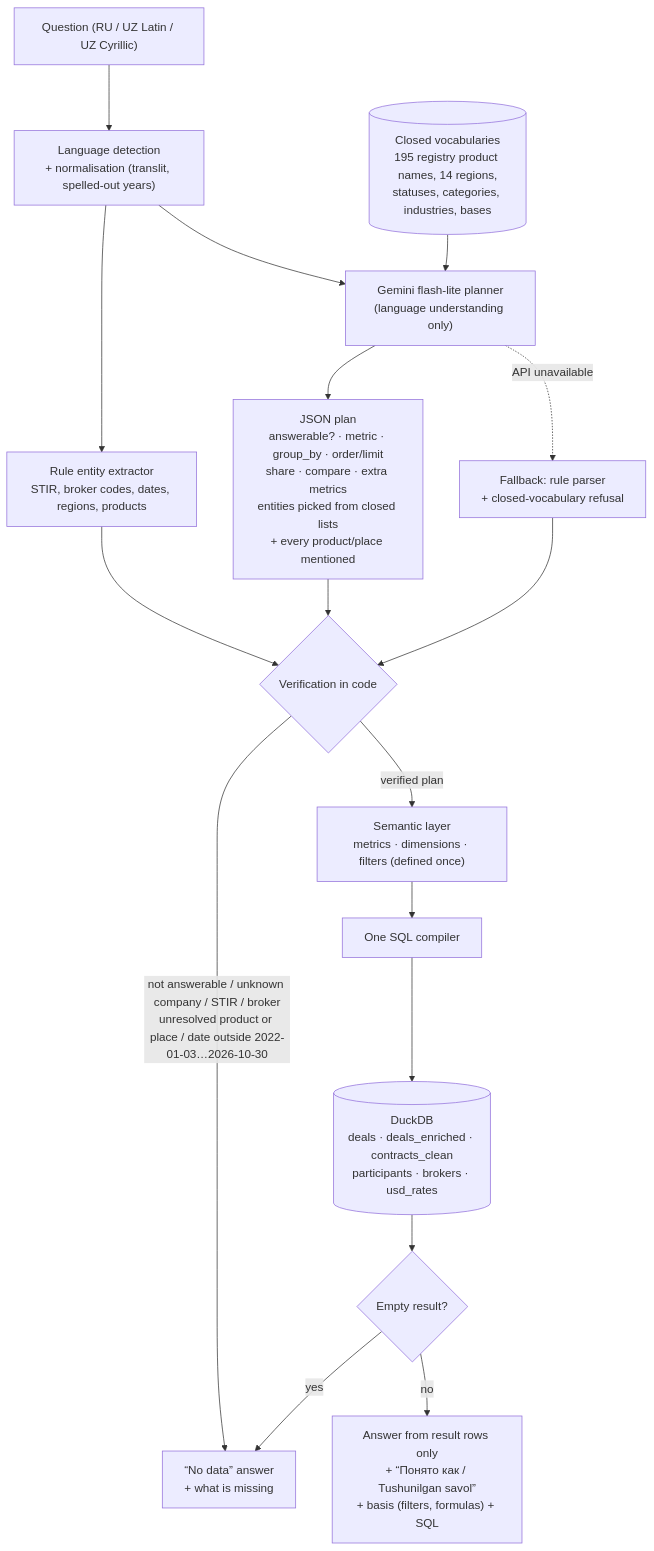
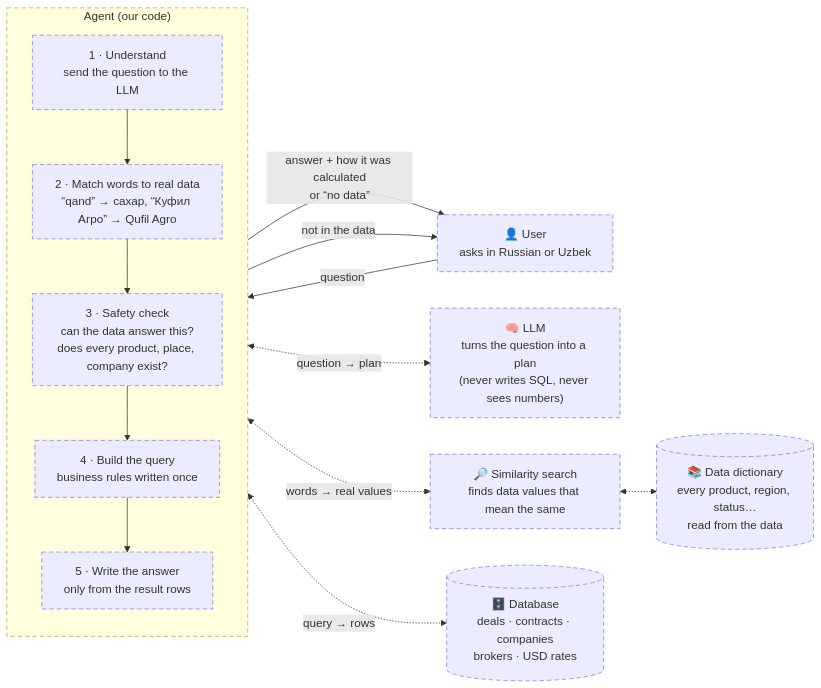
The first of 2 diagrams in README.md (omardmv/trade-registry-Q-A-agent), drawn with Mermaid before and after one commit. The commit also changed other lines of this file and 21 other files, not shown here.

````diff
--- a/README.md
+++ b/README.md
@@ -8,21 +8,31 @@
 ```mermaid
-flowchart TD
-    Q["Question (RU / UZ Latin / UZ Cyrillic)"] --> LANG["Language detection<br/>+ normalisation (translit, spelled-out years)"]
-    LANG --> RULES["Rule entity extractor<br/>STIR, broker codes, dates, regions, products"]
-    LANG --> PLAN["Gemini flash-lite planner<br/>(language understanding only)"]
-    REG[("Closed vocabularies<br/>195 registry product names, 14 regions,<br/>statuses, categories, industries, bases")] --> PLAN
-    PLAN --> JSON["JSON plan<br/>answerable? · metric · group_by · order/limit<br/>share · compare · extra metrics<br/>entities picked from closed lists<br/>+ every product/place mentioned"]
+flowchart LR
+    U["👤 User<br/>asks in Russian or Uzbek"]
 
-    JSON --> V{"Verification in code"}
-    RULES --> V
-    V -->|"not answerable / unknown company / STIR / broker<br/>unresolved product or place / date outside 2022-01-03…2026-10-30"| ND["“No data” answer<br/>+ what is missing"]
-    V -->|"verified plan"| SEM["Semantic layer<br/>metrics · dimensions · filters (defined once)"]
-    SEM --> COMP["One SQL compiler"]
-    COMP --> DB[("DuckDB<br/>deals · deals_enriched · contracts_clean<br/>participants · brokers · usd_rates")]
-    DB --> CHK{"Empty result?"}
-    CHK -->|yes| ND
-    CHK -->|no| ANS["Answer from result rows only<br/>+ “Понято как / Tushunilgan savol”<br/>+ basis (filters, formulas) + SQL"]
+    subgraph AGENT["Agent (our code)"]
+        direction TB
+        A1["1 · Understand<br/>send the question to the LLM"]
+        A2["2 · Match words to real data<br/>“qand” → сахар, “Куфил Агро” → Qufil Agro"]
+        A3["3 · Safety check<br/>can the data answer this?<br/>does every product, place, company exist?"]
+        A4["4 · Build the query<br/>business rules written once"]
+        A5["5 · Write the answer<br/>only from the result rows"]
+        A1 --> A2 --> A3 --> A4 --> A5
+    end
 
-    PLAN -.->|"API unavailable"| FB["Fallback: rule parser<br/>+ closed-vocabulary refusal"]
-    FB --> V
+    LLM["🧠 LLM<br/>turns the question into a plan<br/>(never writes SQL, never sees numbers)"]
+    EMB["🔎 Similarity search<br/>finds data values that mean the same"]
+    DICT[("📚 Data dictionary<br/>every product, region, status…<br/>read from the data")]
+    DB[("🗄️ Database<br/>deals · contracts · companies<br/>brokers · USD rates")]
+
+    U -->|question| A1
+    A1 <-.->|"question → plan"| LLM
+    A2 <-.->|"words → real values"| EMB
+    EMB <-.-> DICT
+    A4 <-.->|"query → rows"| DB
+    A5 -->|"answer + how it was calculated<br/>or “no data”"| U
+    A3 -->|"not in the data"| U
+
+    classDef dashed stroke-dasharray: 6 4
+    class U,A1,A2,A3,A4,A5,LLM,EMB,DICT,DB dashed
+    style AGENT stroke-dasharray: 6 4
 ```
````
